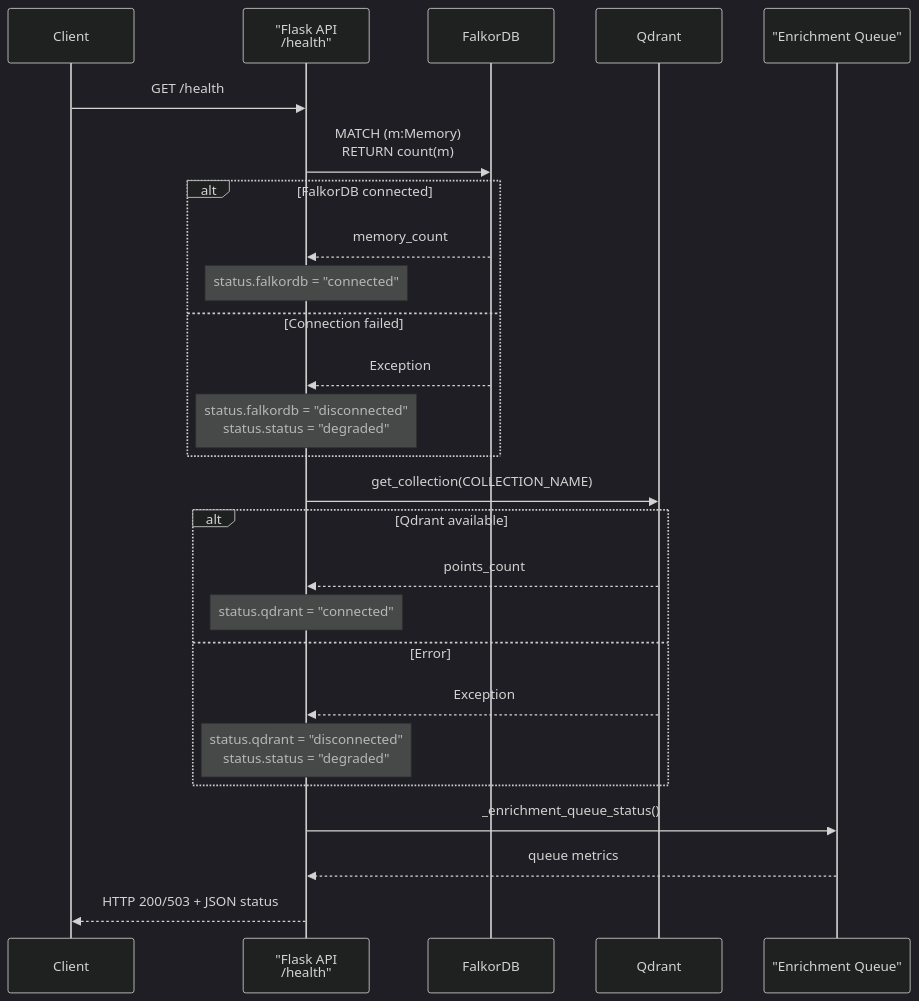
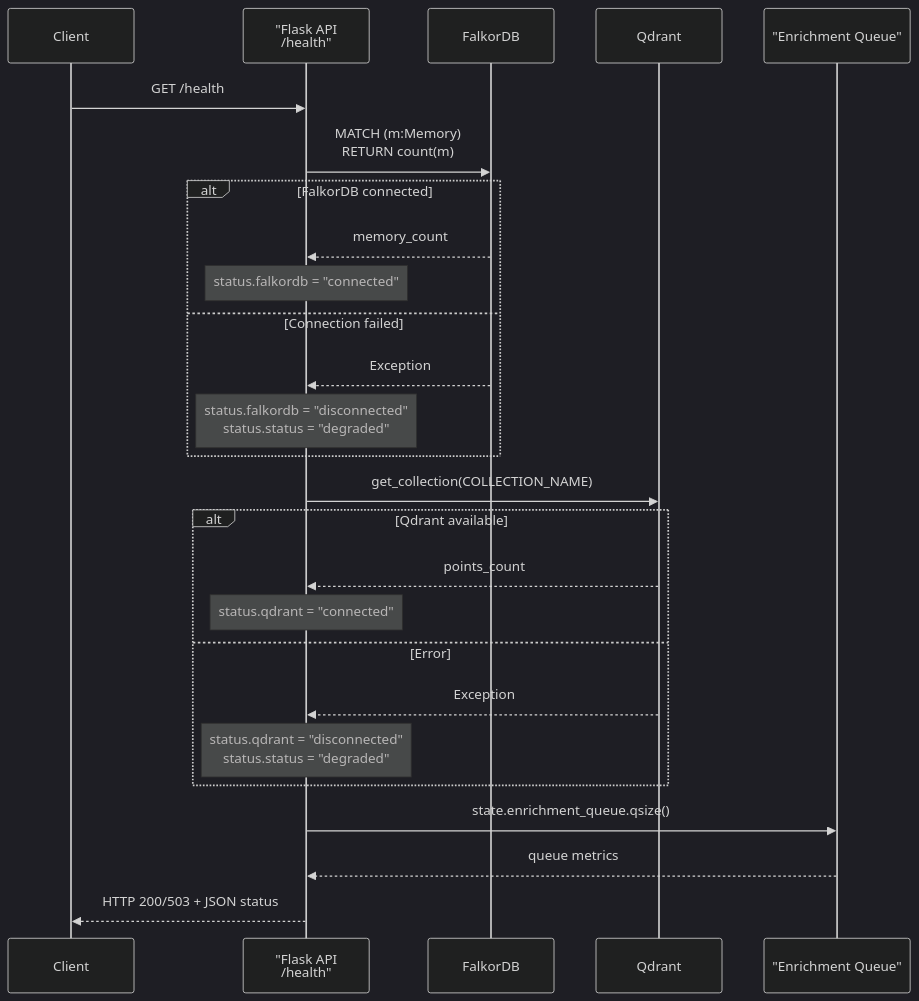
One commit to verygoodplugins/automem-website changed the first of 4 diagrams in src/content/docs/docs/reference/api/health.md. Above: the diagram before and after it, drawn with Mermaid (dark theme). The commit also changed other lines of this file, not shown here.

````diff
--- a/src/content/docs/docs/reference/api/health.md
+++ b/src/content/docs/docs/reference/api/health.md
@@ -39,33 +39,33 @@
 ```mermaid
 sequenceDiagram
     participant Client
     participant Flask as "Flask API<br/>/health"
     participant FalkorDB
     participant Qdrant
     participant EnrichmentQ as "Enrichment Queue"
 
     Client->>Flask: GET /health
 
     Flask->>FalkorDB: MATCH (m:Memory)<br/>RETURN count(m)
     alt FalkorDB connected
         FalkorDB-->>Flask: memory_count
         Note over Flask: status.falkordb = "connected"
     else Connection failed
         FalkorDB-->>Flask: Exception
         Note over Flask: status.falkordb = "disconnected"<br/>status.status = "degraded"
     end
 
     Flask->>Qdrant: get_collection(COLLECTION_NAME)
     alt Qdrant available
         Qdrant-->>Flask: points_count
         Note over Flask: status.qdrant = "connected"
     else Error
         Qdrant-->>Flask: Exception
         Note over Flask: status.qdrant = "disconnected"<br/>status.status = "degraded"
     end
 
-    Flask->>EnrichmentQ: _enrichment_queue_status()
+    Flask->>EnrichmentQ: state.enrichment_queue.qsize()
     EnrichmentQ-->>Flask: queue metrics
 
     Flask-->>Client: HTTP 200/503 + JSON status
 ```
````
